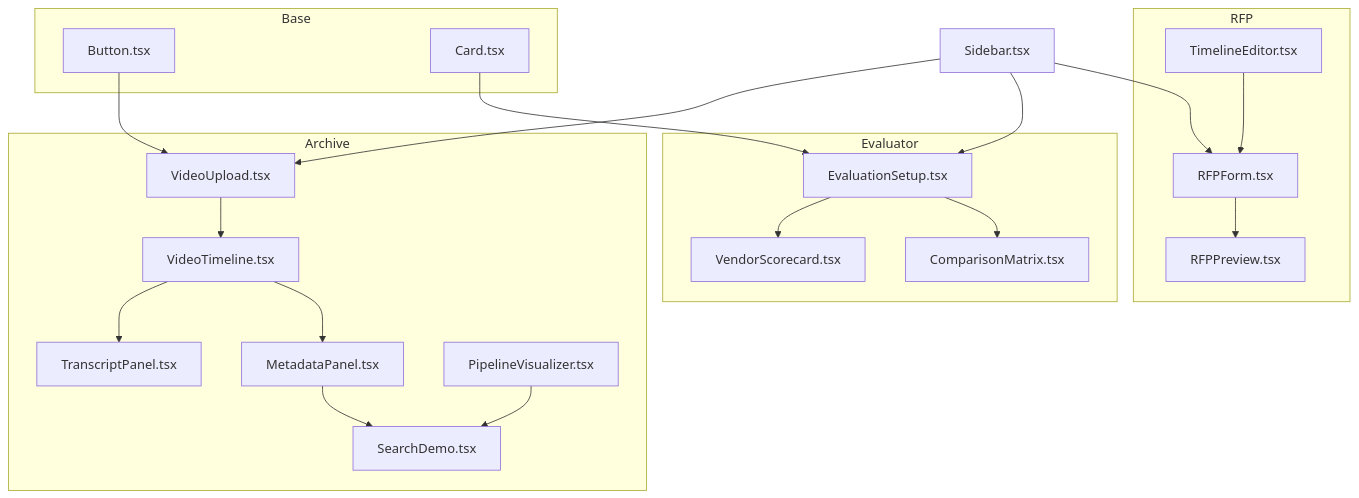
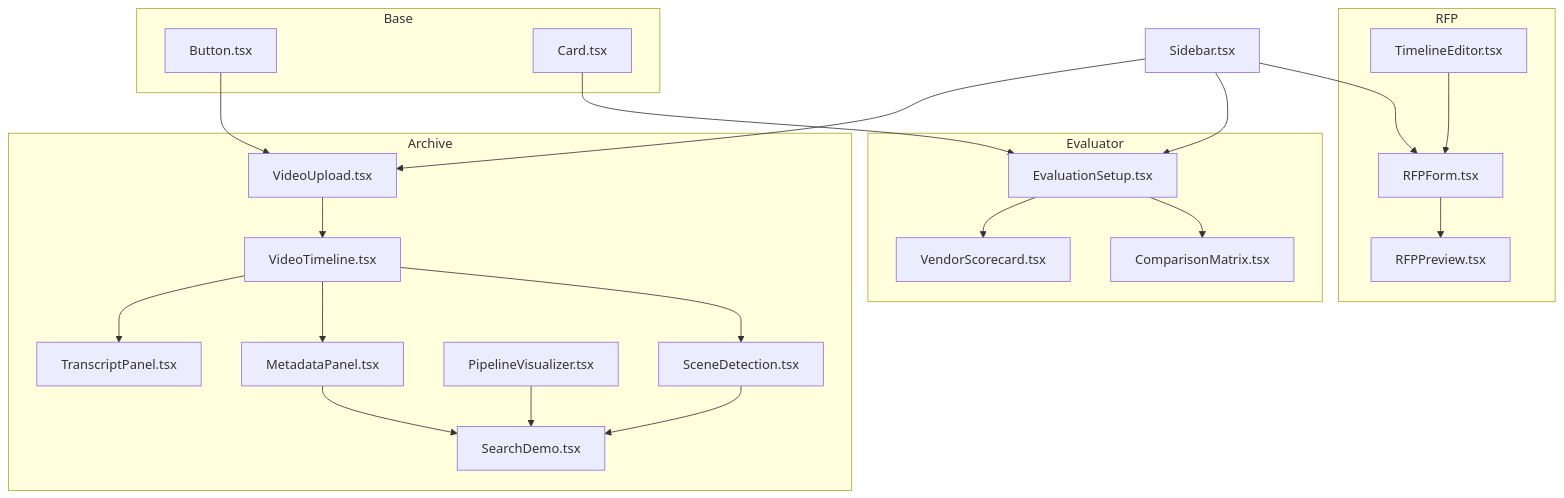
The first of 3 diagrams in .qoder/repowiki/en/content/Frontend Application/Component Library.md (alexandreybasta-cyber/dubai-media-ai), drawn with Mermaid before and after one commit. The commit also changed other lines of this file and 21 other files, not shown here.

````diff
--- a/.qoder/repowiki/en/content/Frontend Application/Component Library.md
+++ b/.qoder/repowiki/en/content/Frontend Application/Component Library.md
@@ -57,40 +60,43 @@
 ```mermaid
 graph TB
 subgraph "Base"
 B["Button.tsx"]
 C["Card.tsx"]
 end
 subgraph "Archive"
 VU["VideoUpload.tsx"]
 VT["VideoTimeline.tsx"]
 TP["TranscriptPanel.tsx"]
 MP["MetadataPanel.tsx"]
 SD["SearchDemo.tsx"]
 PV["PipelineVisualizer.tsx"]
+SC["SceneDetection.tsx"]
 end
 subgraph "RFP"
 RF["RFPForm.tsx"]
 RP["RFPPreview.tsx"]
 TE["TimelineEditor.tsx"]
 end
 subgraph "Evaluator"
 ES["EvaluationSetup.tsx"]
 VS["VendorScorecard.tsx"]
 CM["ComparisonMatrix.tsx"]
 end
 SB["Sidebar.tsx"]
 B --> VU
 C --> ES
 VU --> VT
 VT --> TP
 VT --> MP
+VT --> SC
 MP --> SD
 PV --> SD
+SC --> SD
 RF --> RP
 TE --> RF
 ES --> VS
 ES --> CM
 SB --> VU
 SB --> RF
 SB --> ES
 ```
````
